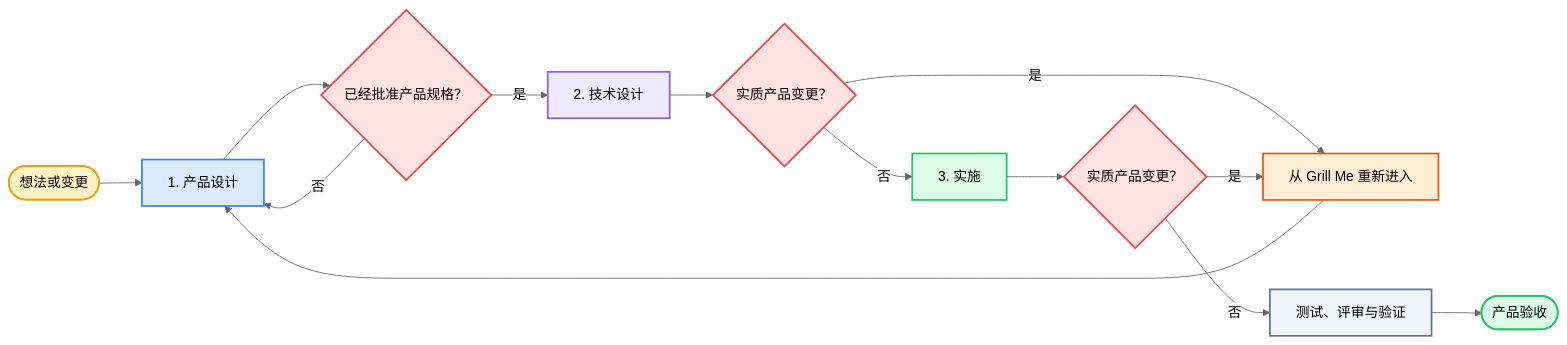
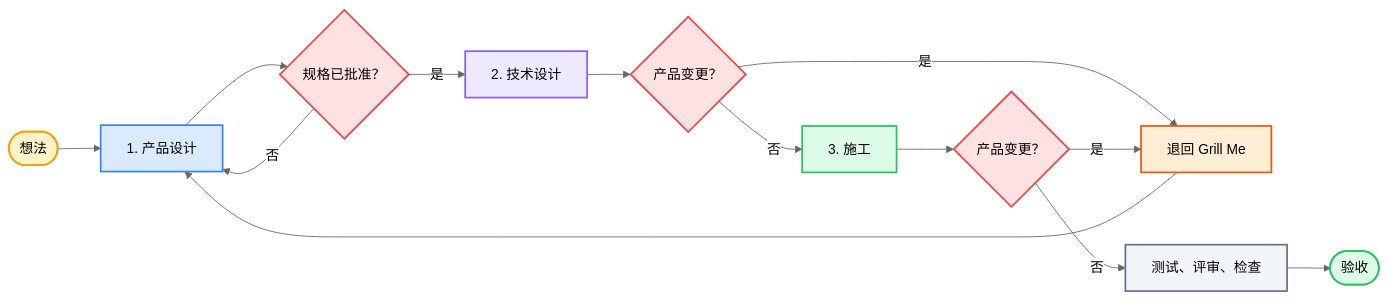
One commit to okht/grill-powers changed the diagram in docs/lang/README_ZH.md. Above: the diagram before and after it, drawn with Mermaid (neutral theme). The commit also changed other lines of this file and 1 other file, not shown here.

````diff
--- a/docs/lang/README_ZH.md
+++ b/docs/lang/README_ZH.md
@@ -131,26 +72,26 @@
 ```mermaid
 flowchart LR
-    I(["想法或变更"]) --> P["1. 产品设计"]
-    P --> S{"已经批准产品规格？"}
+    I(["想法"]) --> P["1. 产品设计"]
+    P --> S{"规格已批准？"}
     S -- "否" --> P
     S -- "是" --> T["2. 技术设计"]
-    T --> C{"实质产品变更？"}
-    C -- "是" --> R["从 Grill Me 重新进入"]
+    T --> C{"产品变更？"}
+    C -- "是" --> R["退回 Grill Me"]
     R --> P
-    C -- "否" --> D["3. 实施"]
-    D --> M{"实质产品变更？"}
+    C -- "否" --> D["3. 施工"]
+    D --> M{"产品变更？"}
     M -- "是" --> R
-    M -- "否" --> V["测试、评审与验证"]
-    V --> A(["产品验收"])
+    M -- "否" --> V["测试、评审、检查"]
+    V --> A(["验收"])
 
     style I fill:#FEF3C7,stroke:#F59E0B,stroke-width:2px,color:#000
     style P fill:#DBEAFE,stroke:#3B82F6,stroke-width:2px,color:#000
     style S fill:#FEE2E2,stroke:#EF4444,stroke-width:2px,color:#000
     style T fill:#EDE9FE,stroke:#8B5CF6,stroke-width:2px,color:#000
     style C fill:#FEE2E2,stroke:#EF4444,stroke-width:2px,color:#000
     style R fill:#FFEDD5,stroke:#EA580C,stroke-width:2px,color:#000
     style D fill:#DCFCE7,stroke:#22C55E,stroke-width:2px,color:#000
     style M fill:#FEE2E2,stroke:#EF4444,stroke-width:2px,color:#000
     style V fill:#F1F5F9,stroke:#64748B,stroke-width:2px,color:#000
     style A fill:#DCFCE7,stroke:#22C55E,stroke-width:2px,color:#000
 ```
````
